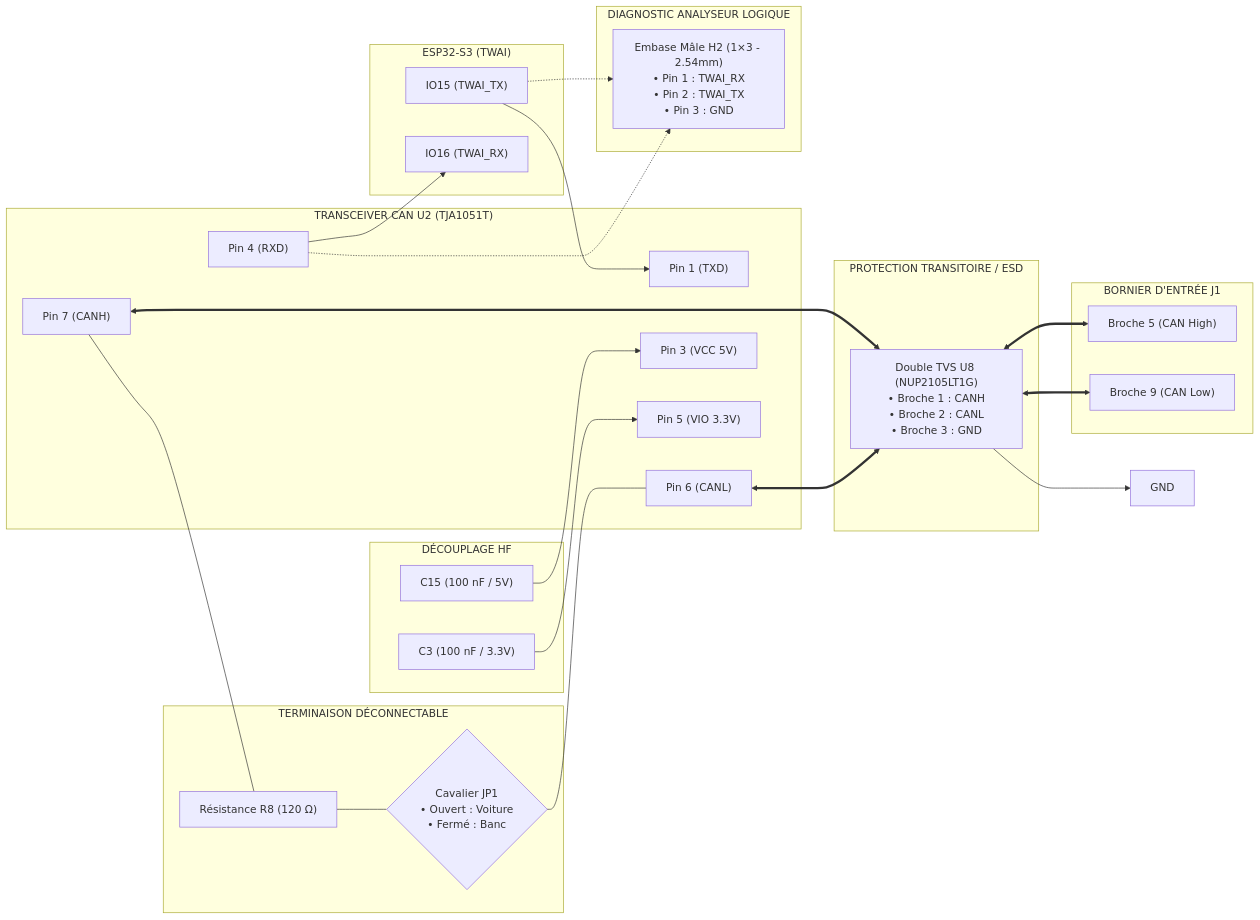
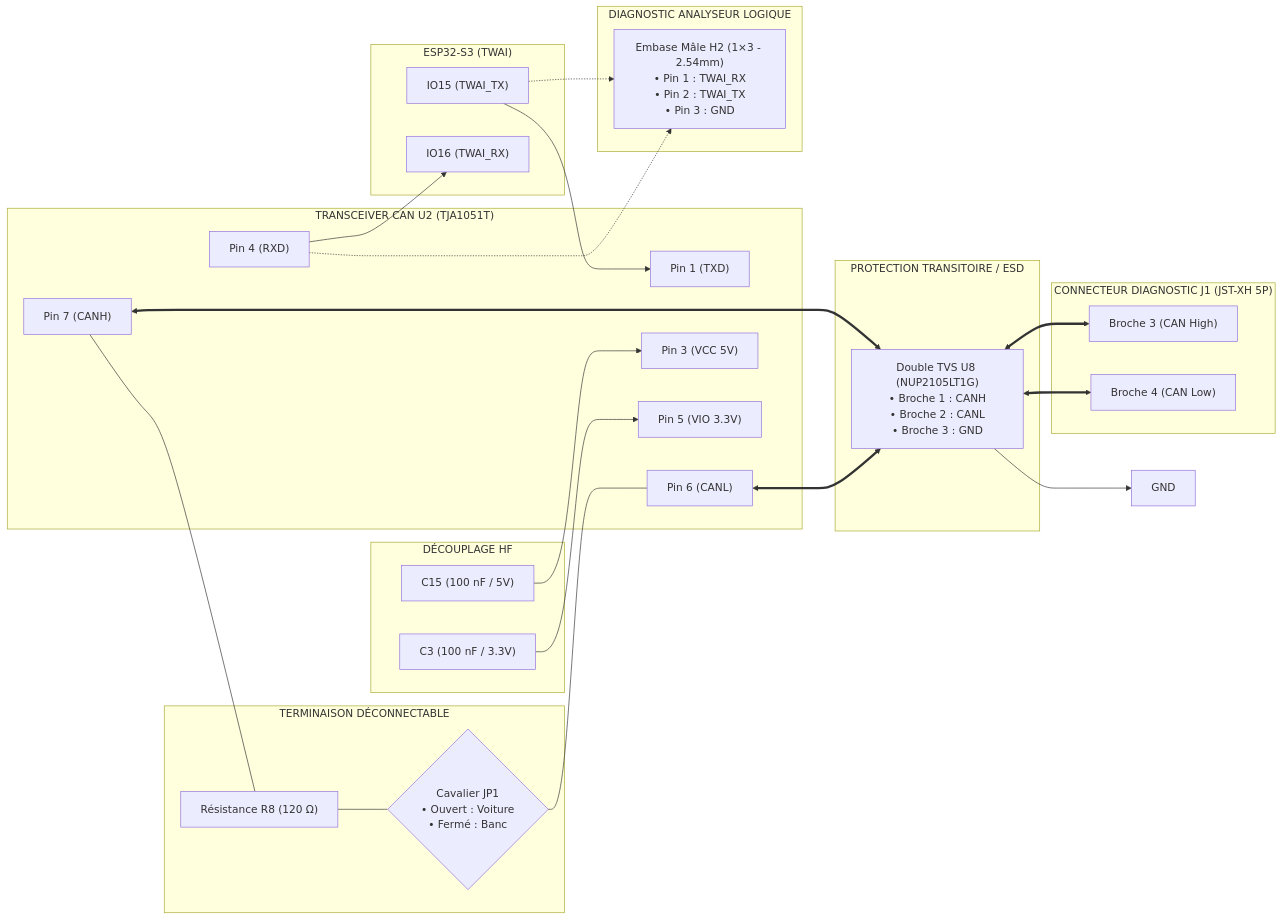
The sixth of 13 diagrams in documents/hardware.md (nitrogene/OBD2), drawn with Mermaid before and after one commit. The commit also changed other lines of this file and 19 other files, not shown here.

````diff
--- a/documents/hardware.md
+++ b/documents/hardware.md
@@ -274,69 +285,69 @@
 ```mermaid
 %%{init: {
   'themeVariables': {
     'fontFamily': 'Consolas, "Courier New", monospace',
     'fontSize': '12px'
   },
   'flowchart': {
     'curve': 'stepBefore',
     'nodeSpacing': 20,
     'rankSpacing': 30
   }
 }}%%
 flowchart LR
     subgraph MCU["ESP32-S3 (TWAI)"]
         TXD["IO15 (TWAI_TX)"]
         RXD["IO16 (TWAI_RX)"]
     end
 
     subgraph CAN_IC["TRANSCEIVER CAN U2 (TJA1051T)"]
         PIN_TX["Pin 1 (TXD)"]
         PIN_RX["Pin 4 (RXD)"]
         PIN_CANH["Pin 7 (CANH)"]
         PIN_CANL["Pin 6 (CANL)"]
         PIN_VCC["Pin 3 (VCC 5V)"]
         PIN_VIO["Pin 5 (VIO 3.3V)"]
     end
 
     subgraph DECOUP_CAN["DÉCOUPLAGE HF"]
         C15["C15 (100 nF / 5V)"]
         C3["C3 (100 nF / 3.3V)"]
     end
 
     subgraph DIAG_CAN["DIAGNOSTIC ANALYSEUR LOGIQUE"]
         H2["Embase Mâle H2 (1×3 - 2.54mm)\n• Pin 1 : TWAI_RX\n• Pin 2 : TWAI_TX\n• Pin 3 : GND"]
     end
 
     subgraph TERM["TERMINAISON DÉCONNECTABLE"]
         R8["Résistance R8 (120 Ω)"]
         JP1{"Cavalier JP1\n• Ouvert : Voiture\n• Fermé : Banc"}
     end
 
     subgraph PROT_CAN["PROTECTION TRANSITOIRE / ESD"]
         U8["Double TVS U8 (NUP2105LT1G)\n• Broche 1 : CANH\n• Broche 2 : CANL\n• Broche 3 : GND"]
     end
 
-    subgraph BORNIER_CONN["BORNIER D'ENTRÉE J1"]
-        PIN5_CONN["Broche 5 (CAN High)"]
-        PIN9_CONN["Broche 9 (CAN Low)"]
+    subgraph J1_CONN["CONNECTEUR DIAGNOSTIC J1 (JST-XH 5P)"]
+        PIN3_CONN["Broche 3 (CAN High)"]
+        PIN4_CONN["Broche 4 (CAN Low)"]
     end
 
     TXD --> PIN_TX
     PIN_RX --> RXD
     PIN_RX -.-> H2
     TXD -.-> H2
 
     C15 --> PIN_VCC
     C3 --> PIN_VIO
 
     PIN_CANH --- R8
     R8 --- JP1
     JP1 --- PIN_CANL
 
     PIN_CANH <==> U8
     PIN_CANL <==> U8
     U8 --> GND_CAN["GND"]
 
-    U8 <==> PIN5_CONN
-    U8 <==> PIN9_CONN
+    U8 <==> PIN3_CONN
+    U8 <==> PIN4_CONN
 ```
````
